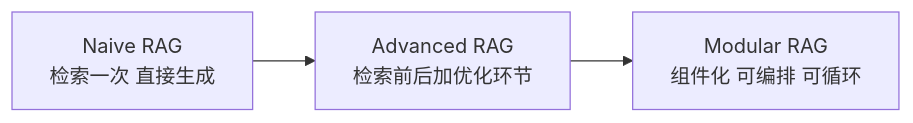
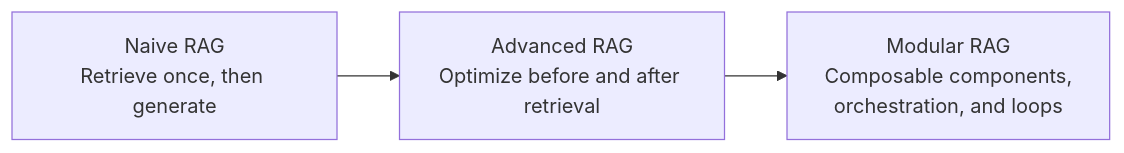
One commit to oneleaveknowsthefall/awesome-ai-roadmap changed the first of 5 diagrams in docs/rag/04-advanced/15-advanced-rag-paradigms.md. Above: the diagram before and after it, drawn with Mermaid. The commit also changed other lines of this file and 60 other files, not shown here.

````diff
--- a/docs/rag/04-advanced/15-advanced-rag-paradigms.md
+++ b/docs/rag/04-advanced/15-advanced-rag-paradigms.md
@@ -11,5 +11,5 @@
 ```mermaid
 flowchart LR
-    N[Naive RAG<br/>检索一次 直接生成] --> A[Advanced RAG<br/>检索前后加优化环节]
-    A --> M[Modular RAG<br/>组件化 可编排 可循环]
+    N[Naive RAG<br/>Retrieve once, then generate] --> A[Advanced RAG<br/>Optimize before and after retrieval]
+    A --> M[Modular RAG<br/>Composable components,<br/>orchestration, and loops]
 ```
````
